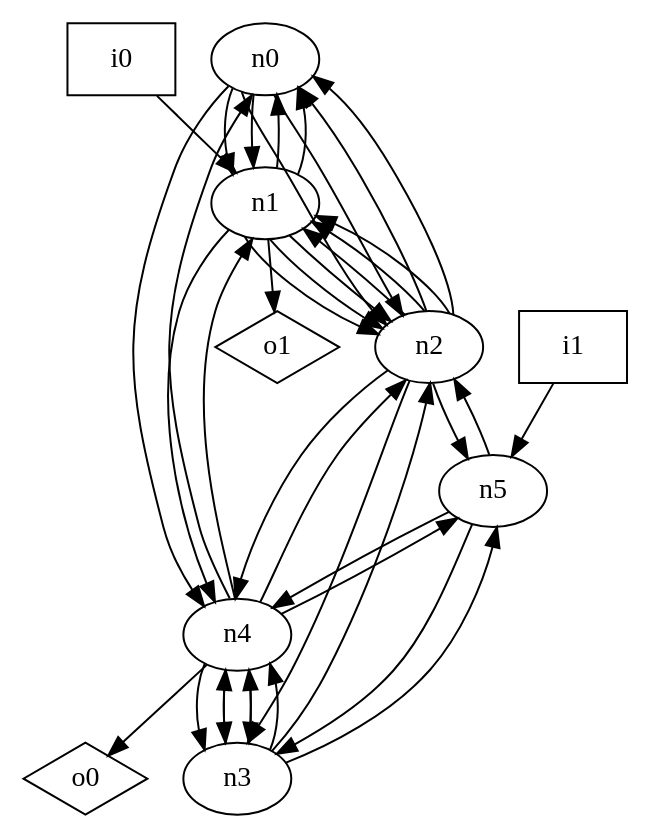
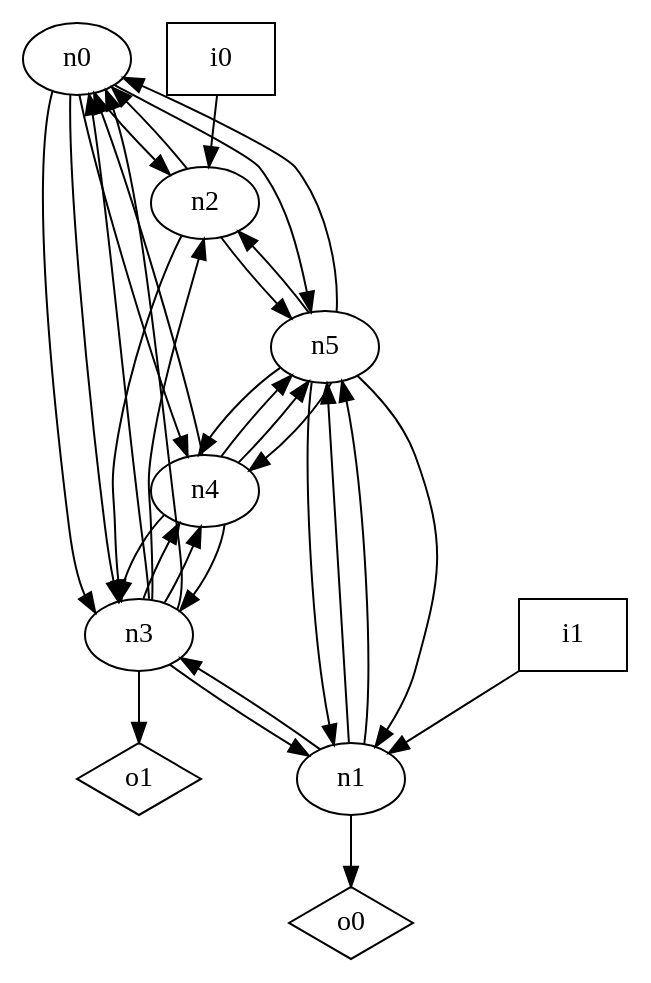
Before and after one commit to p9romain/bool-circuits: the diagram in dot_files/random_graph/undirected_loop_free_graph.dot, drawn with Graphviz. The commit also changed 47 other files, not shown here.

```diff
--- a/dot_files/random_graph/undirected_loop_free_graph.dot
+++ b/dot_files/random_graph/undirected_loop_free_graph.dot
@@ -1,50 +1,44 @@
 digraph G {
 n0 [label="n0"];
 n1 [label="n1"];
 n2 [label="n2"];
 n3 [label="n3"];
 n4 [label="n4"];
 n5 [label="n5"];
 n6 [label="i0",shape="box"];
 n7 [label="i1",shape="box"];
 n8 [label="o0",shape="diamond"];
 n9 [label="o1",shape="diamond"];
-n0 -> n1
-n0 -> n1
 n0 -> n2
-n0 -> n2
+n0 -> n3
+n0 -> n3
 n0 -> n4
-n1 -> n0
-n1 -> n0
-n1 -> n2
-n1 -> n2
-n1 -> n2
-n1 -> n4
-n1 -> n9
+n0 -> n5
+n1 -> n3
+n1 -> n5
+n1 -> n5
+n1 -> n8
 n2 -> n0
-n2 -> n0
-n2 -> n1
-n2 -> n1
-n2 -> n1
 n2 -> n3
-n2 -> n4
 n2 -> n5
+n3 -> n0
+n3 -> n0
+n3 -> n1
 n3 -> n2
 n3 -> n4
 n3 -> n4
-n3 -> n4
-n3 -> n5
+n3 -> n9
 n4 -> n0
-n4 -> n1
-n4 -> n2
-n4 -> n3
 n4 -> n3
 n4 -> n3
 n4 -> n5
-n4 -> n8
+n4 -> n5
+n5 -> n0
+n5 -> n1
+n5 -> n1
 n5 -> n2
-n5 -> n3
 n5 -> n4
-n6 -> n1
-n7 -> n5
+n5 -> n4
+n6 -> n2
+n7 -> n1
 }
```
